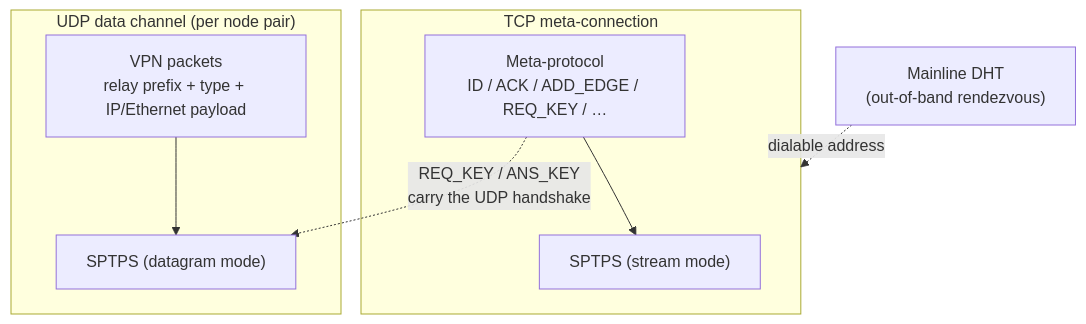
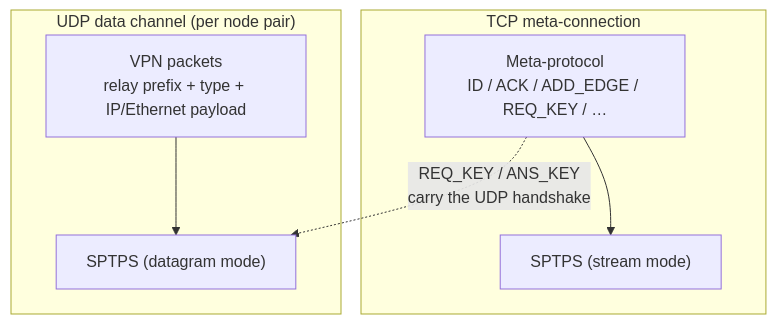
The first of 4 diagrams in docs/PROTOCOL.md (Mic92/tincr), drawn with Mermaid before and after one commit. The commit also changed other lines of this file and 45 other files, not shown here.

````diff
--- a/docs/PROTOCOL.md
+++ b/docs/PROTOCOL.md
@@ -15,15 +15,14 @@
 ```mermaid
 flowchart TB
     subgraph TCP ["TCP meta-connection"]
         m_sptps["SPTPS (stream mode)"]
         meta["Meta-protocol<br/>ID / ACK / ADD_EDGE / REQ_KEY / …"]
         meta --> m_sptps
     end
     subgraph UDP ["UDP data channel (per node pair)"]
         d_sptps["SPTPS (datagram mode)"]
         data["VPN packets<br/>relay prefix + type + IP/Ethernet payload"]
         data --> d_sptps
     end
     meta -. "REQ_KEY / ANS_KEY<br/>carry the UDP handshake" .-> d_sptps
-    DHT["Mainline DHT<br/>(out-of-band rendezvous)"] -. "dialable address" .-> TCP
 ```
````
